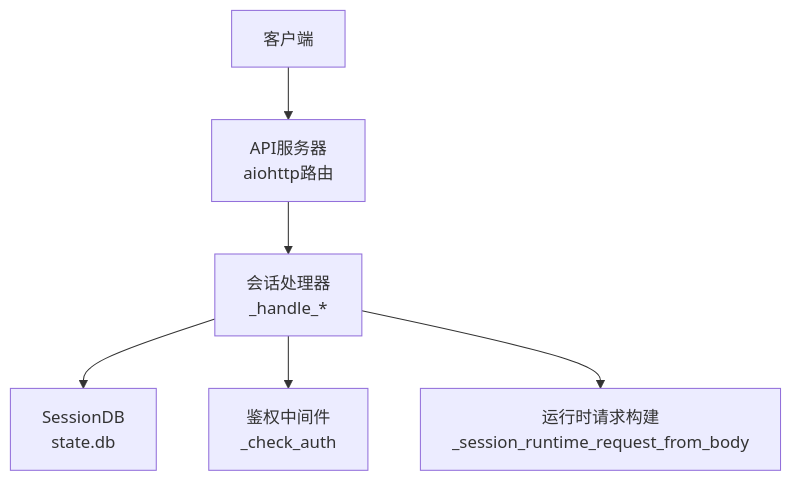
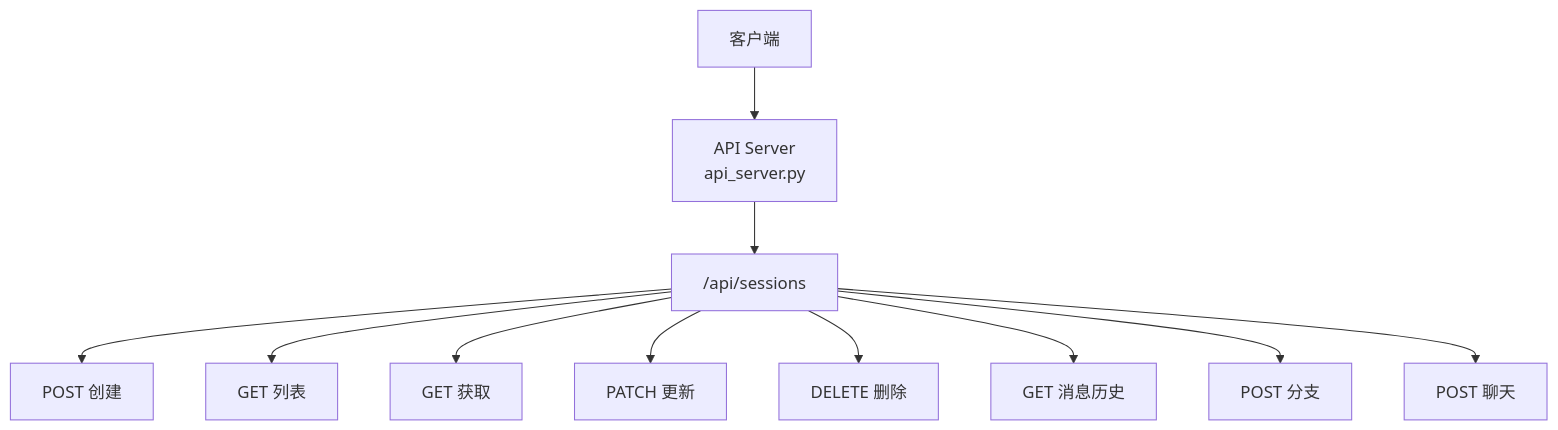
One commit to YueDJ/SpaikiiDesktop changed the first of 2 diagrams in .qoder/repowiki/zh/content/API参考/RESTful API/会话管理API.md. Above: the diagram before and after it, drawn with Mermaid. The commit also changed other lines of this file and 249 other files, not shown here.

````diff
--- a/.qoder/repowiki/zh/content/API参考/RESTful API/会话管理API.md
+++ b/.qoder/repowiki/zh/content/API参考/RESTful API/会话管理API.md
@@ -38,8 +28,13 @@
 ```mermaid
 graph TB
-Client["客户端"] --> API["API服务器<br/>aiohttp路由"]
-API --> Handlers["会话处理器<br/>_handle_*"]
-Handlers --> DB["SessionDB<br/>state.db"]
-Handlers --> Auth["鉴权中间件<br/>_check_auth"]
-Handlers --> Runtime["运行时请求构建<br/>_session_runtime_request_from_body"]
+    Client["客户端"] --> API["API Server<br/>api_server.py"]
+    API --> Sessions["/api/sessions"]
+    Sessions --> Create["POST 创建"]
+    Sessions --> List["GET 列表"]
+    Sessions --> Get["GET 获取"]
+    Sessions --> Patch["PATCH 更新"]
+    Sessions --> Delete["DELETE 删除"]
+    Sessions --> Messages["GET 消息历史"]
+    Sessions --> Fork["POST 分支"]
+    Sessions --> Chat["POST 聊天"]
 ```
````
